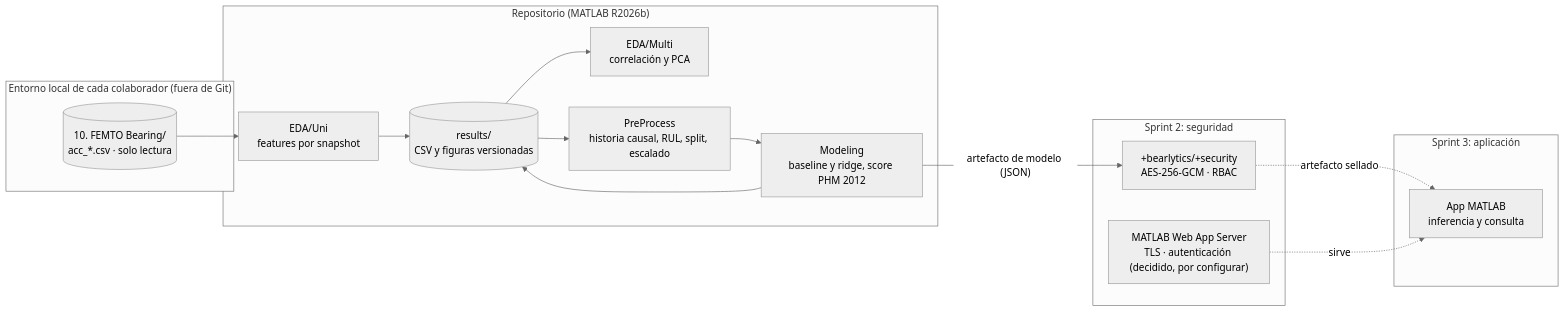
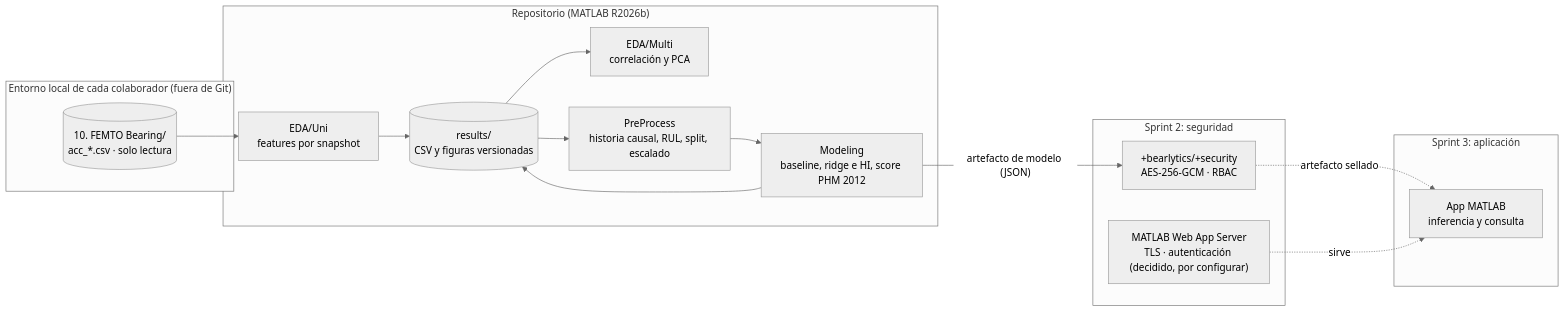
Before and after one commit to JustEswick/Bearlytics: the diagram in docs/arquitectura.md, drawn with Mermaid (neutral theme). The commit also changed other lines of this file and 20 other files, not shown here.

````diff
--- a/docs/arquitectura.md
+++ b/docs/arquitectura.md
@@ -56,30 +56,30 @@
 ```mermaid
 flowchart LR
     subgraph local["Entorno local de cada colaborador (fuera de Git)"]
         DS[("10. FEMTO Bearing/<br/>acc_*.csv · solo lectura")]
     end
 
     subgraph repo["Repositorio (MATLAB R2026b)"]
         UNI["EDA/Uni<br/>features por snapshot"]
         MULTI["EDA/Multi<br/>correlación y PCA"]
         PRE["PreProcess<br/>historia causal, RUL, split, escalado"]
-        MOD["Modeling<br/>baseline y ridge, score PHM 2012"]
+        MOD["Modeling<br/>baseline, ridge e HI, score PHM 2012"]
         RES[("results/<br/>CSV y figuras versionadas")]
     end
 
     subgraph sec["Sprint 2: seguridad"]
         SEAL["+bearlytics/+security<br/>AES-256-GCM · RBAC"]
         GW["MATLAB Web App Server<br/>TLS · autenticación (decidido, por configurar)"]
     end
 
     subgraph app["Sprint 3: aplicación"]
         APP["App MATLAB<br/>inferencia y consulta"]
     end
 
     DS --> UNI --> RES
     RES --> MULTI
     RES --> PRE --> MOD --> RES
     MOD -- "artefacto de modelo (JSON)" --> SEAL
     SEAL -. "artefacto sellado" .-> APP
     GW -. "sirve" .-> APP
 ```
````
